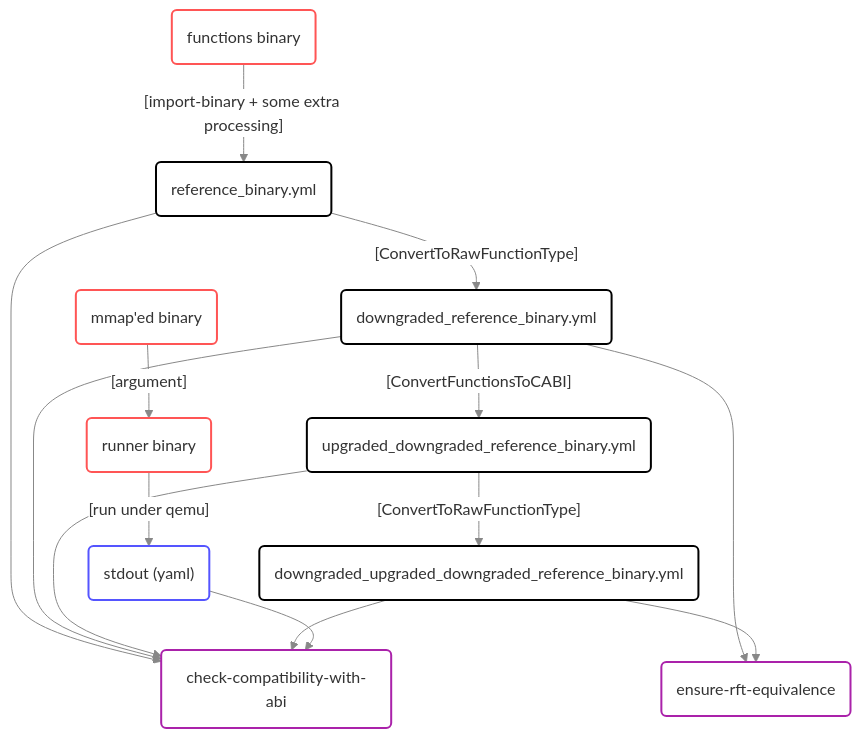
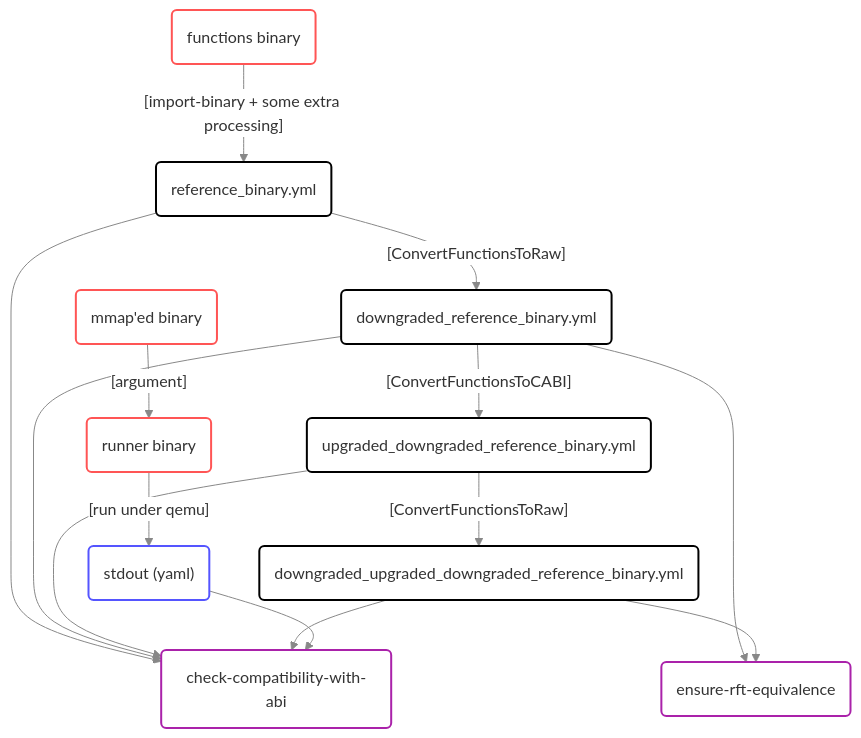
One commit to revng/revng changed the first of 2 diagrams in share/revng/test/tests/abi/README.md. Above: the diagram before and after it, drawn with Mermaid. The commit also changed other lines of this file and 4 other files, not shown here.

Commit message:
s/ConvertToRawFunctionType/ConvertFunctionsToRaw/g

````diff
--- a/share/revng/test/tests/abi/README.md
+++ b/share/revng/test/tests/abi/README.md
@@ -7,45 +7,45 @@
 ```mermaid
 %%{init: {'themeVariables': { 'edgeLabelBackground': 'white'}}}%%
 graph TB
   linkStyle default stroke: #888
   classDef black fill: #fff, stroke: #000, stroke-width: 2px
   classDef red fill: #fff, stroke: #f55, stroke-width: 2px
   classDef blue fill: #fff, stroke: #55f, stroke-width: 2px
   classDef green fill: #fff, stroke: #090, stroke-width: 2px
   classDef purple fill: #fff, stroke: #a2a, stroke-width: 2px
 
   fb(functions binary)
   rb(runner binary)
   mb(mmap'ed binary)
   class fb,rb,mb red
 
   reference_binary.yml(reference_binary.yml)
   downgraded_reference_binary.yml(downgraded_reference_binary.yml)
   upgraded_downgraded_reference_binary.yml(upgraded_downgraded_reference_binary.yml)
   downgraded_upgraded_downgraded_reference_binary.yml(downgraded_upgraded_downgraded_reference_binary.yml)
   class reference_binary.yml,downgraded_reference_binary.yml,upgraded_downgraded_reference_binary.yml,downgraded_upgraded_downgraded_reference_binary.yml black
 
   yaml("stdout (yaml)")
   class yaml blue
 
   check-compatibility-with-abi(check-compatibility-with-abi)
   ensure-rft-equivalence(ensure-rft-equivalence)
   class check-compatibility-with-abi,ensure-rft-equivalence purple
 
   fb -- "[import-binary + some extra processing]" --> reference_binary.yml
-  reference_binary.yml -- "[ConvertToRawFunctionType]" --> downgraded_reference_binary.yml
+  reference_binary.yml -- "[ConvertFunctionsToRaw]" --> downgraded_reference_binary.yml
   downgraded_reference_binary.yml -- "[ConvertFunctionsToCABI]" --> upgraded_downgraded_reference_binary.yml
-  upgraded_downgraded_reference_binary.yml -- "[ConvertToRawFunctionType]" --> downgraded_upgraded_downgraded_reference_binary.yml
+  upgraded_downgraded_reference_binary.yml -- "[ConvertFunctionsToRaw]" --> downgraded_upgraded_downgraded_reference_binary.yml
 
   rb -- "[run under qemu]" --> yaml
   mb -- "[argument]" --> rb
 
   reference_binary.yml --> check-compatibility-with-abi
   downgraded_reference_binary.yml --> check-compatibility-with-abi
   upgraded_downgraded_reference_binary.yml --> check-compatibility-with-abi
   downgraded_upgraded_downgraded_reference_binary.yml --> check-compatibility-with-abi
   yaml --> check-compatibility-with-abi
 
   downgraded_reference_binary.yml --> ensure-rft-equivalence
   downgraded_upgraded_downgraded_reference_binary.yml --> ensure-rft-equivalence
 ```
````
